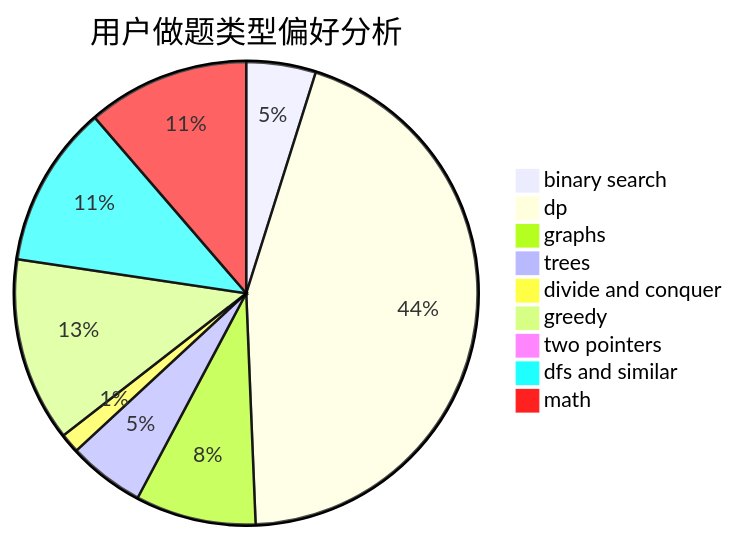
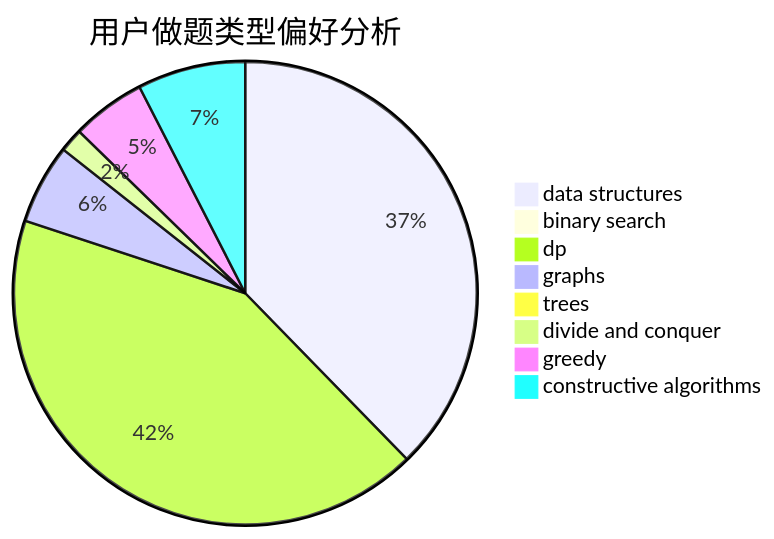
The second of 3 diagrams in docs/user/u363.md (sherpahu/cfrs.github.io), drawn with Mermaid before and after one commit. The commit also changed other lines of this file and 2775 other files, not shown here.

````diff
--- a/docs/user/u363.md
+++ b/docs/user/u363.md
@@ -23,12 +23,11 @@
 ```mermaid
 pie title 用户做题类型偏好分析
-    "binary search" :  60
-    "dp" :  550
-    "graphs" :  104
-    "trees" :  66
-    "divide and conquer" :  17
-    "greedy" :  159
-    "two pointers" :  2
-    "dfs and similar" :  140
-    "math" :  140
+    "data structures" :  365
+    "binary search" :  0
+    "dp" :  410
+    "graphs" :  54
+    "trees" :  7
+    "divide and conquer" :  16
+    "greedy" :  50
+    "constructive algorithms" :  73
 ```
````
